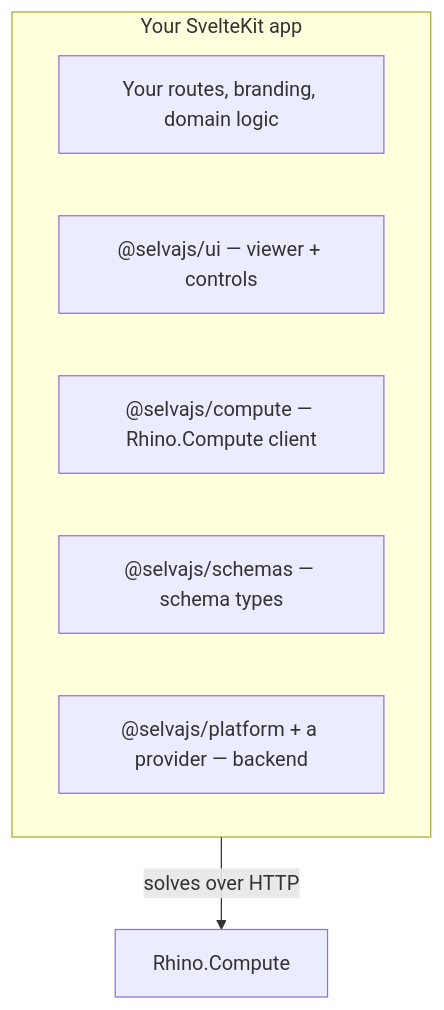
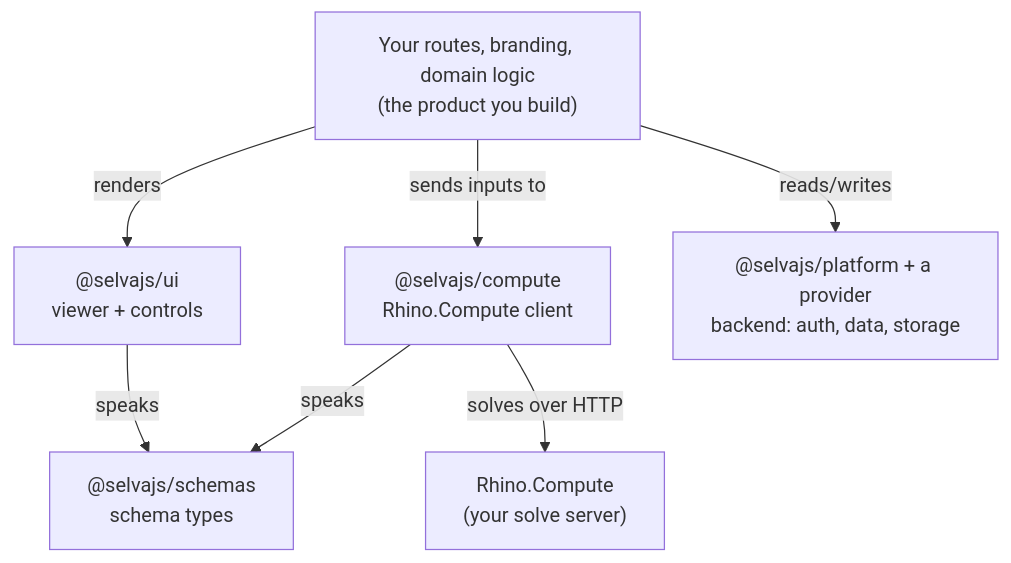
Before and after one commit to VektorNode/selva: the diagram in docs/getting-started/build-your-own-app.md, drawn with Mermaid. The commit also changed other lines of this file and 13 other files, not shown here.

````diff
--- a/docs/getting-started/build-your-own-app.md
+++ b/docs/getting-started/build-your-own-app.md
@@ -18,11 +18,16 @@
 ```mermaid
 flowchart TB
-    subgraph app["Your SvelteKit app"]
-        routes["Your routes, branding, domain logic"]
-        ui["@selvajs/ui — viewer + controls"]
-        compute["@selvajs/compute — Rhino.Compute client"]
-        schemas["@selvajs/schemas — schema types"]
-        platform["@selvajs/platform + a provider — backend"]
-    end
-    app -->|solves over HTTP| rc["Rhino.Compute"]
+    routes["Your routes, branding, domain logic<br/>(the product you build)"]
+    ui["@selvajs/ui<br/>viewer + controls"]
+    compute["@selvajs/compute<br/>Rhino.Compute client"]
+    schemas["@selvajs/schemas<br/>schema types"]
+    platform["@selvajs/platform + a provider<br/>backend: auth, data, storage"]
+    rc["Rhino.Compute<br/>(your solve server)"]
+
+    routes -->|renders| ui
+    routes -->|reads/writes| platform
+    routes -->|sends inputs to| compute
+    ui -->|speaks| schemas
+    compute -->|speaks| schemas
+    compute -->|solves over HTTP| rc
 ```
````
